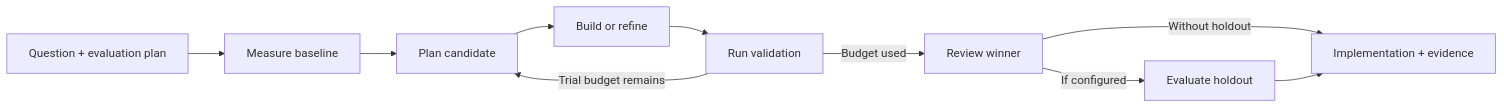
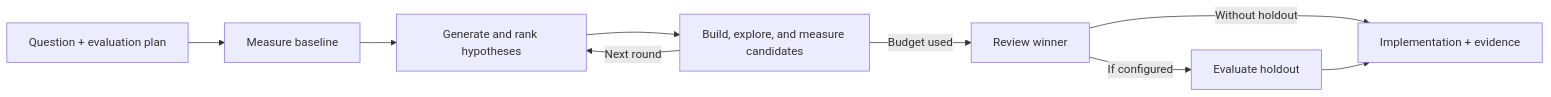
The first of 2 diagrams in README.md (rexkwoncode/internagent-claude), drawn with Mermaid before and after one commit. The commit also changed other lines of this file and 8 other files, not shown here.

````diff
--- a/README.md
+++ b/README.md
@@ -14,12 +14,11 @@
 ```mermaid
 flowchart LR
     Task["Question + evaluation plan"] --> Baseline["Measure baseline"]
-    Baseline --> Plan["Plan candidate"]
-    Plan --> Build["Build or refine"]
-    Build --> Score["Run validation"]
-    Score -->|Trial budget remains| Plan
-    Score -->|Budget used| Review["Review winner"]
+    Baseline --> Ideas["Generate and rank hypotheses"]
+    Ideas --> Search["Build, explore, and measure candidates"]
+    Search -->|Next round| Ideas
+    Search -->|Budget used| Review["Review winner"]
     Review -->|If configured| Holdout["Evaluate holdout"]
     Review -->|Without holdout| Report["Implementation + evidence"]
     Holdout --> Report
 ```
````
